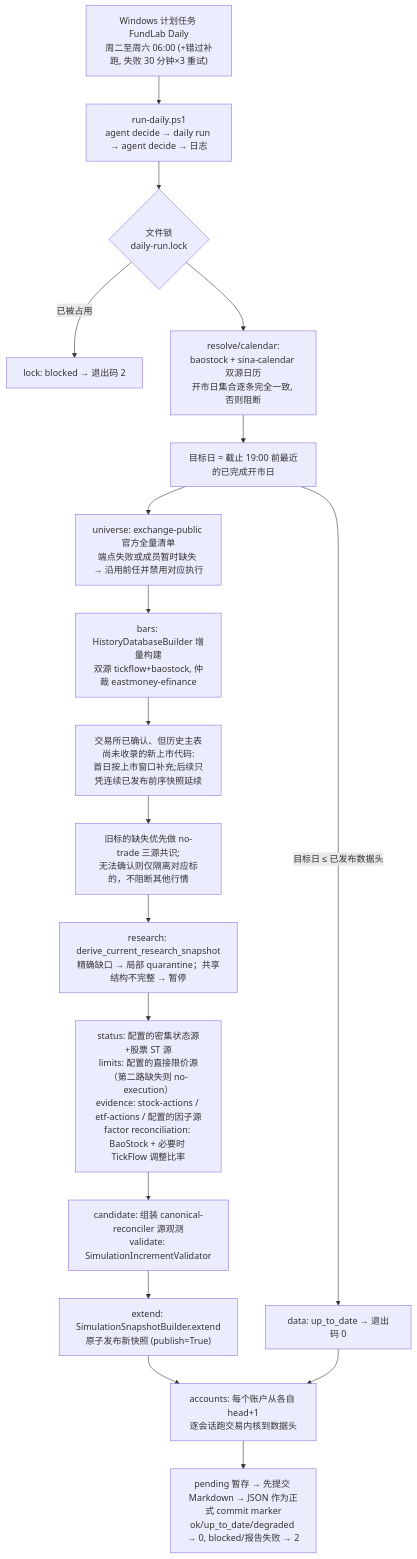
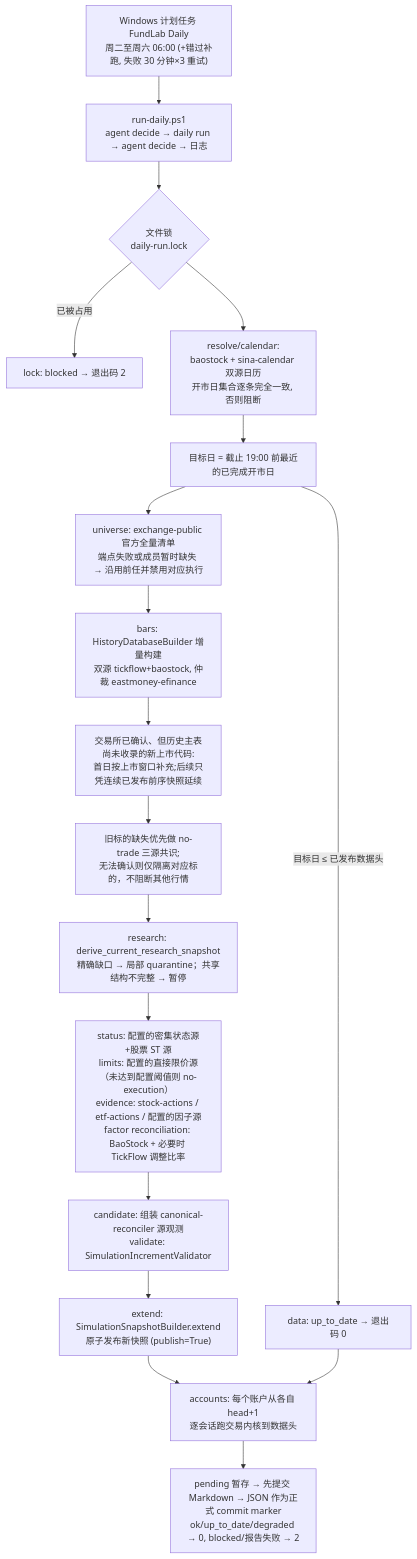
Before and after one commit to zhan7653/miniQMT: the diagram in docs/architecture/03-pipeline-ops.md, drawn with Mermaid. The commit also changed other lines of this file and 8 other files, not shown here.

````diff
--- a/docs/architecture/03-pipeline-ops.md
+++ b/docs/architecture/03-pipeline-ops.md
@@ -35,20 +35,20 @@
 ```mermaid
 flowchart TD
     T["Windows 计划任务 FundLab Daily<br/>周二至周六 06:00 (+错过补跑, 失败 30 分钟×3 重试)"] --> R["run-daily.ps1<br/>agent decide → daily run → agent decide → 日志"]
     R --> L{"文件锁<br/>daily-run.lock"}
     L -- 已被占用 --> B0["lock: blocked → 退出码 2"]
     L --> CAL["resolve/calendar:<br/>baostock + sina-calendar 双源日历<br/>开市日集合逐条完全一致, 否则阻断"]
     CAL --> TGT["目标日 = 截止 19:00 前最近的已完成开市日"]
     TGT -- "目标日 ≤ 已发布数据头" --> UTD["data: up_to_date → 退出码 0"]
     TGT --> U["universe: exchange-public 官方全量清单<br/>端点失败或成员暂时缺失 → 沿用前任并禁用对应执行"]
     U --> H["bars: HistoryDatabaseBuilder 增量构建<br/>双源 tickflow+baostock, 仲裁 eastmoney-efinance"]
     H --> NEW["交易所已确认、但历史主表尚未收录的新上市代码:<br/>首日按上市窗口补充;后续只凭连续已发布前序快照延续"]
     NEW --> NT["旧标的缺失优先做 no-trade 三源共识;<br/>无法确认则仅隔离对应标的，不阻断其他行情"]
     NT --> RS["research: derive_current_research_snapshot<br/>精确缺口 → 局部 quarantine；共享结构不完整 → 暂停"]
-    RS --> SE["status: 配置的密集状态源+股票 ST 源<br/>limits: 配置的直接限价源（第二路缺失则 no-execution）<br/>evidence: stock-actions / etf-actions / 配置的因子源<br/>factor reconciliation: BaoStock + 必要时 TickFlow 调整比率"]
+    RS --> SE["status: 配置的密集状态源+股票 ST 源<br/>limits: 配置的直接限价源（未达到配置阈值则 no-execution）<br/>evidence: stock-actions / etf-actions / 配置的因子源<br/>factor reconciliation: BaoStock + 必要时 TickFlow 调整比率"]
     SE --> CV["candidate: 组装 canonical-reconciler 源观测<br/>validate: SimulationIncrementValidator"]
     CV --> EX["extend: SimulationSnapshotBuilder.extend<br/>原子发布新快照 (publish=True)"]
     EX --> AC["accounts: 每个账户从各自 head+1<br/>逐会话跑交易内核到数据头"]
     UTD --> AC
     AC --> RP["pending 暂存 → 先提交 Markdown → JSON 作为正式 commit marker<br/>ok/up_to_date/degraded → 0, blocked/报告失败 → 2"]
 ```
````
